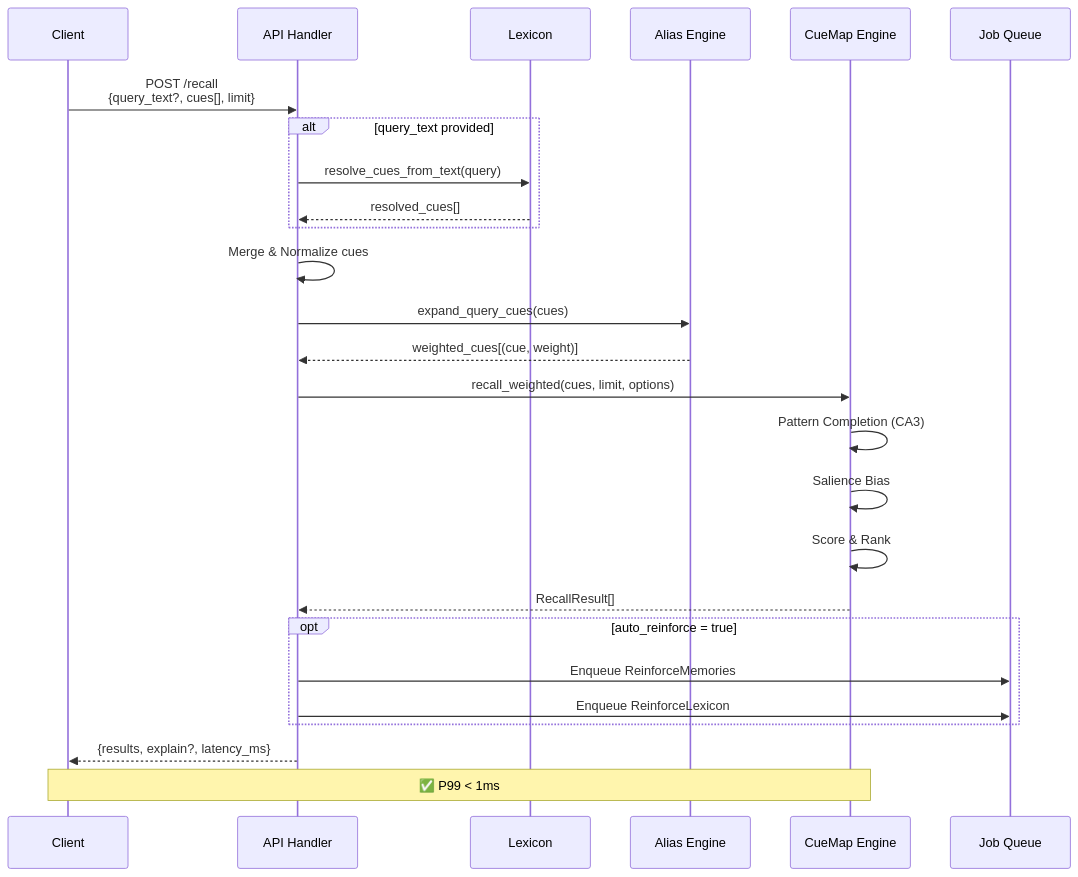
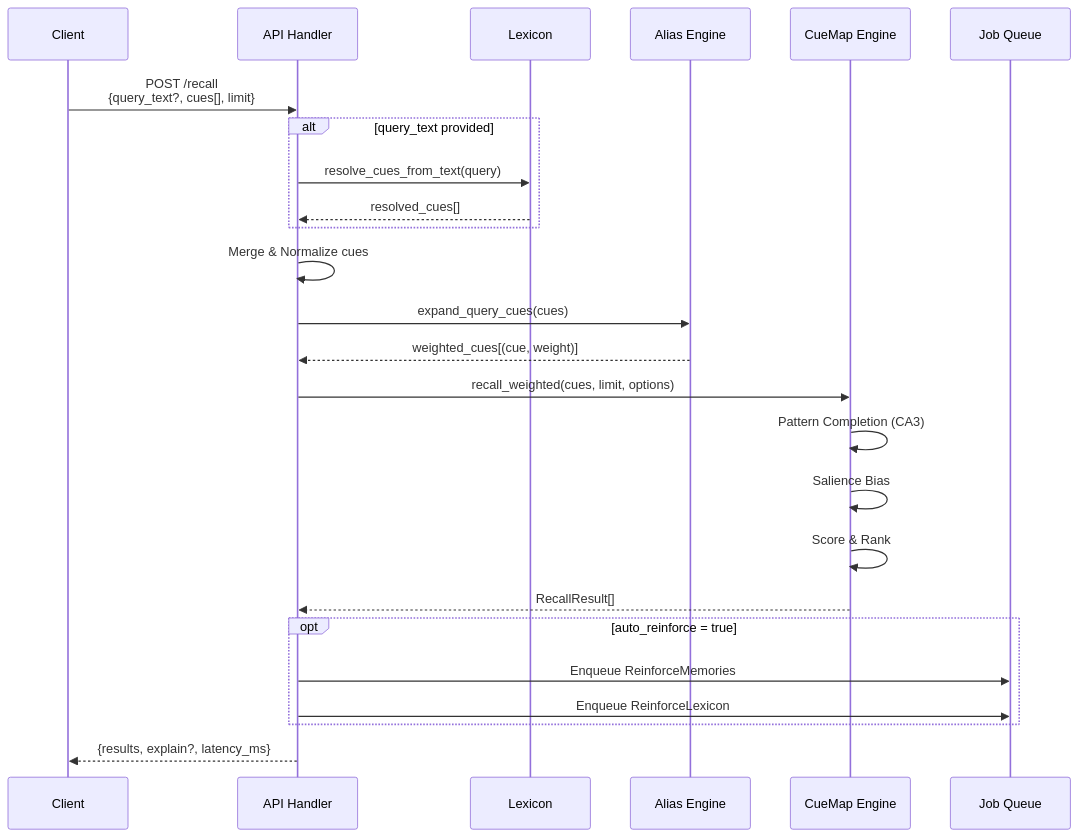
One commit to cuemap-dev/cuemap changed the third of 6 diagrams in README.md. Above: the diagram before and after it, drawn with Mermaid.

Commit message:
graph fix

````diff
--- a/README.md
+++ b/README.md
@@ -679,36 +679,35 @@
 ```mermaid
 sequenceDiagram
     participant C as Client
     participant API as API Handler
     participant Lex as Lexicon
     participant Alias as Alias Engine
     participant Main as CueMap Engine
     participant Q as Job Queue
     
     C->>API: POST /recall<br/>{query_text?, cues[], limit}
     
     alt query_text provided
         API->>Lex: resolve_cues_from_text(query)
         Lex-->>API: resolved_cues[]
     end
     
     API->>API: Merge & Normalize cues
     
     API->>Alias: expand_query_cues(cues)
     Alias-->>API: weighted_cues[(cue, weight)]
     
     API->>Main: recall_weighted(cues, limit, options)
     Main->>Main: Pattern Completion (CA3)
     Main->>Main: Salience Bias
     Main->>Main: Score & Rank
     
     Main-->>API: RecallResult[]
     
     opt auto_reinforce = true
         API->>Q: Enqueue ReinforceMemories
         API->>Q: Enqueue ReinforceLexicon
     end
     
     API-->>C: {results, explain?, latency_ms}
-    Note over C,Main: ✅ P99 < 1ms
 ```
````
